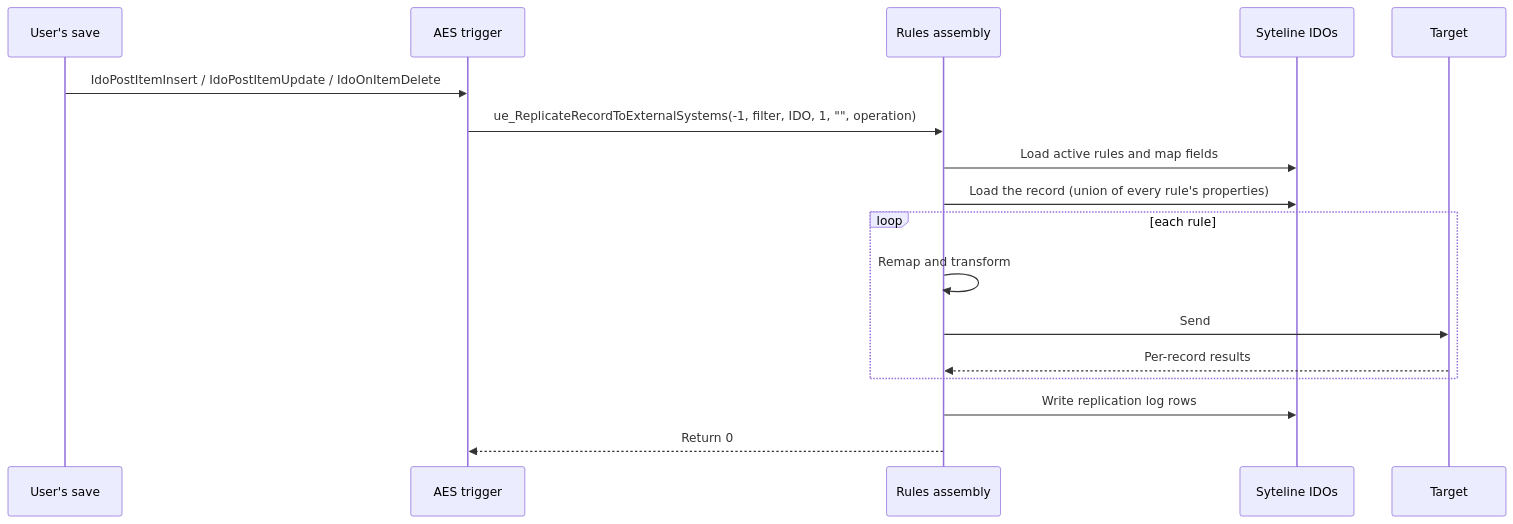
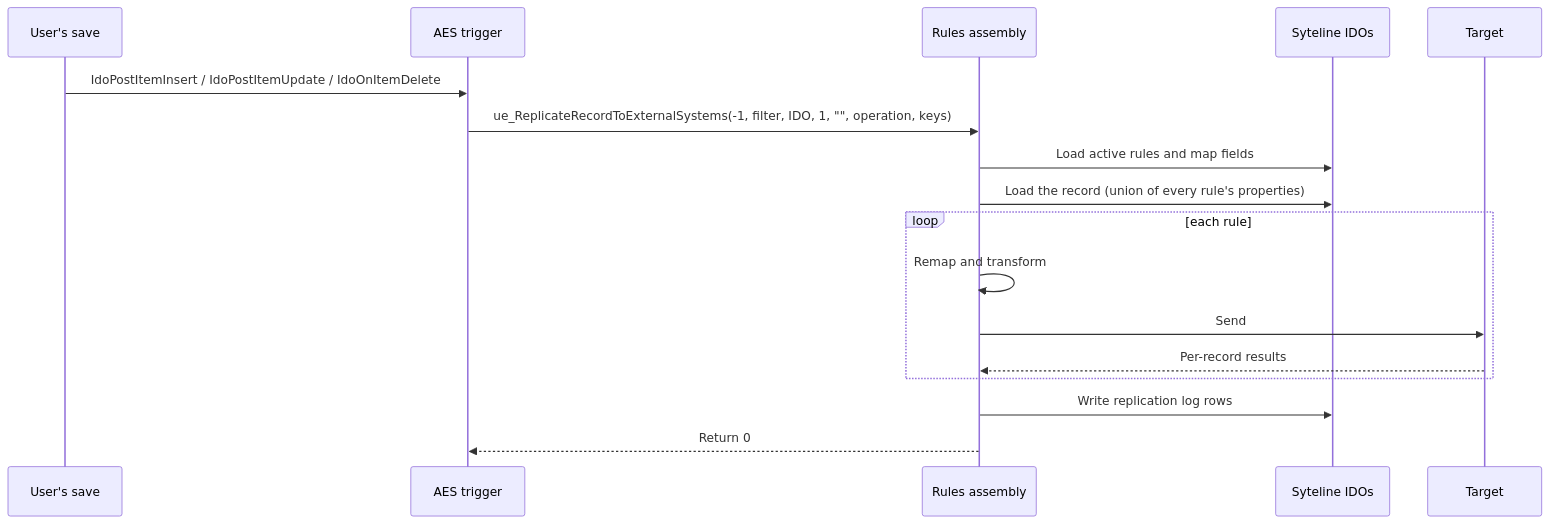
One commit to functionaldevices-cis/syteline-ido-replication changed the diagram in wiki/Architecture.md. Above: the diagram before and after it, drawn with Mermaid. The commit also changed other lines of this file and 6 other files, not shown here.

````diff
--- a/wiki/Architecture.md
+++ b/wiki/Architecture.md
@@ -29,19 +30,19 @@
 ```mermaid
 sequenceDiagram
     participant U as User's save
     participant T as AES trigger
     participant R as Rules assembly
     participant S as Syteline IDOs
     participant X as Target
     U->>T: IdoPostItemInsert / IdoPostItemUpdate / IdoOnItemDelete
-    T->>R: ue_ReplicateRecordToExternalSystems(-1, filter, IDO, 1, "", operation)
+    T->>R: ue_ReplicateRecordToExternalSystems(-1, filter, IDO, 1, "", operation, keys)
     R->>S: Load active rules and map fields
     R->>S: Load the record (union of every rule's properties)
     loop each rule
         R->>R: Remap and transform
         R->>X: Send
         X-->>R: Per-record results
     end
     R->>S: Write replication log rows
     R-->>T: Return 0
 ```
````
